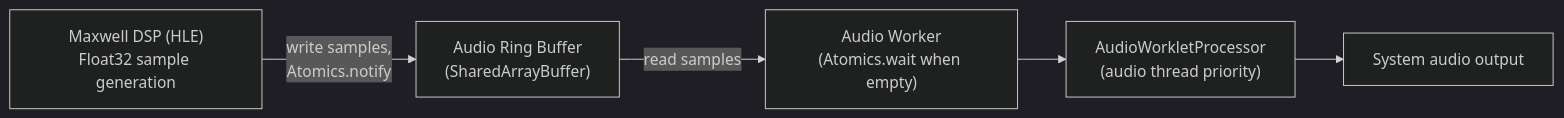
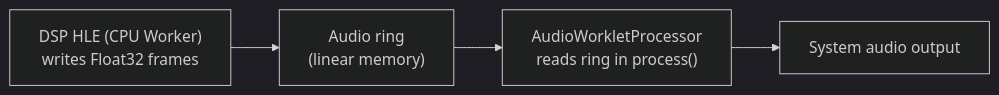
The ninth of 15 diagrams in docs/DESIGN.md (helloimthesigma-blip/Voland), drawn with Mermaid (dark theme) before and after one commit. The commit also changed other lines of this file, not shown here.

````diff
--- a/docs/DESIGN.md
+++ b/docs/DESIGN.md
@@ -1424,13 +1359,11 @@
 ```mermaid
 flowchart LR
-    DSP["Maxwell DSP (HLE)<br/>Float32 sample generation"]
-    RB["Audio Ring Buffer<br/>(SharedArrayBuffer)"]
-    AW["Audio Worker<br/>(Atomics.wait when empty)"]
-    AWP["AudioWorkletProcessor<br/>(audio thread priority)"]
+    DSP["DSP HLE (CPU Worker)<br/>writes Float32 frames"]
+    RB["Audio ring<br/>(linear memory)"]
+    AWP["AudioWorkletProcessor<br/>reads ring in process()"]
     OUT["System audio output"]
 
-    DSP -->|"write samples,<br/>Atomics.notify"| RB
-    RB -->|"read samples"| AW
-    AW --> AWP
+    DSP --> RB
+    RB --> AWP
     AWP --> OUT
 ```
````
